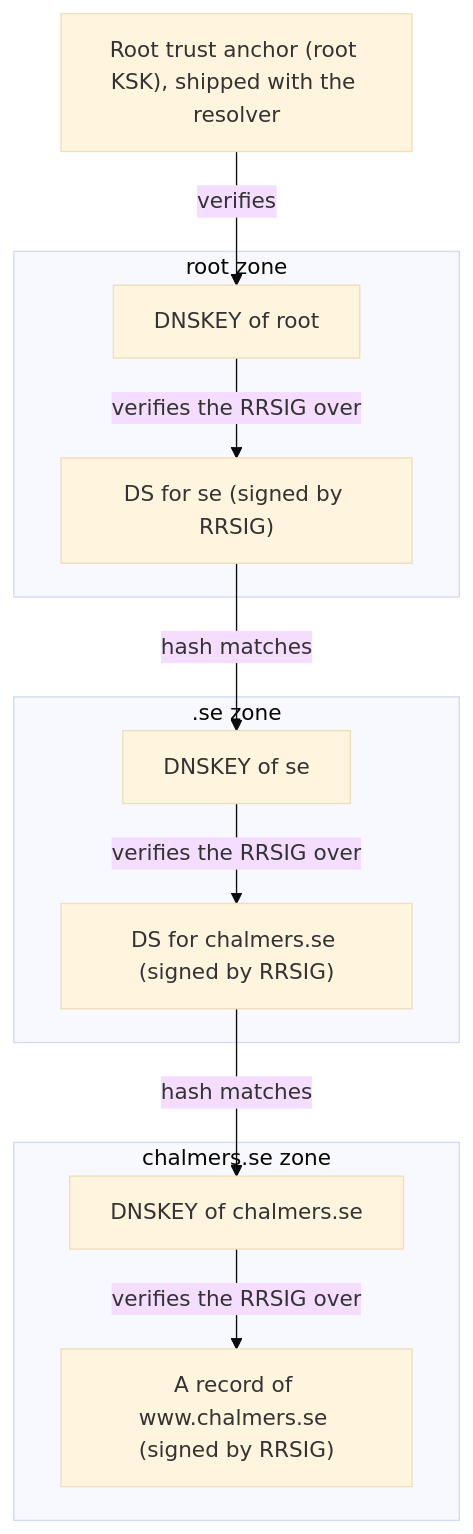
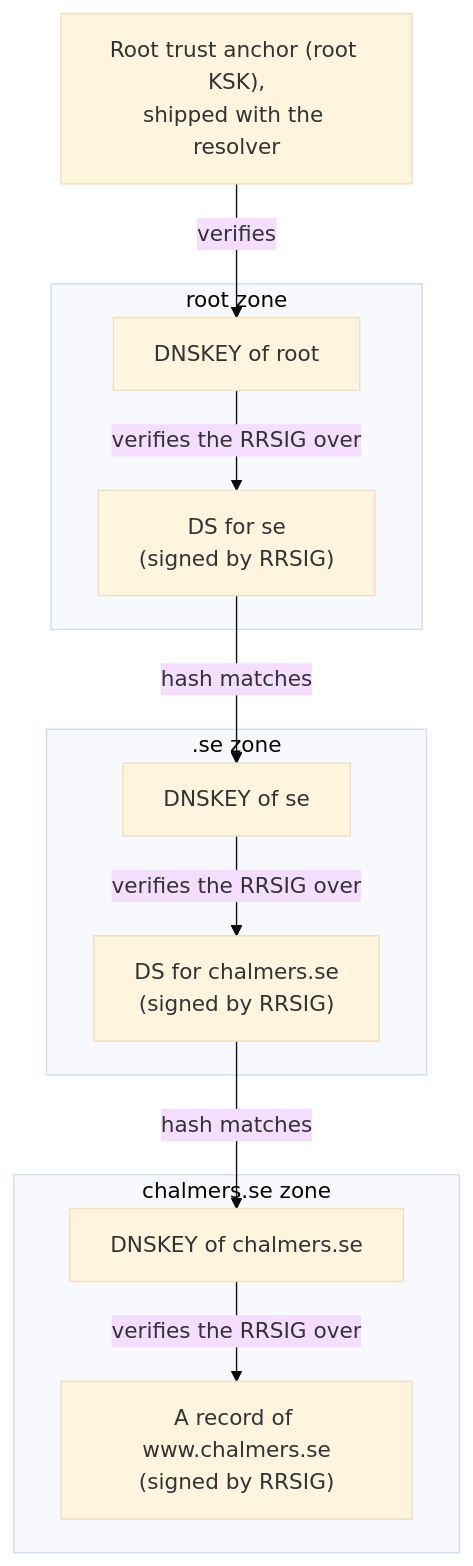
Diagram 29 of 41 in EDA387-Computer-Networks/02-DNS.md (FahimMashroor/Chalmers_CSC), drawn with Mermaid (base theme) before and after one commit. The commit also changed other lines of this file, not shown here.

Commit message:
Rewrite 02 DNS in simple language with examples and diagrams

````diff
--- a/EDA387-Computer-Networks/02-DNS.md
+++ b/EDA387-Computer-Networks/02-DNS.md
@@ -857,22 +1187,22 @@
 ```mermaid
 flowchart TD
-  anchor["Root trust anchor (root KSK), shipped with the resolver"]
+  anchor["Root trust anchor (root KSK),<br/>shipped with the resolver"]
   subgraph root["root zone"]
     rk["DNSKEY of root"]
-    rds["DS for se (signed by RRSIG)"]
+    rds["DS for se<br/>(signed by RRSIG)"]
   end
   subgraph se[".se zone"]
     sk["DNSKEY of se"]
-    sds["DS for chalmers.se (signed by RRSIG)"]
+    sds["DS for chalmers.se<br/>(signed by RRSIG)"]
   end
   subgraph ch["chalmers.se zone"]
     ck["DNSKEY of chalmers.se"]
-    rec["A record of www.chalmers.se (signed by RRSIG)"]
+    rec["A record of www.chalmers.se<br/>(signed by RRSIG)"]
   end
   anchor -->|"verifies"| rk
   rk -->|"verifies the RRSIG over"| rds
   rds -->|"hash matches"| sk
   sk -->|"verifies the RRSIG over"| sds
   sds -->|"hash matches"| ck
   ck -->|"verifies the RRSIG over"| rec
 ```
````
